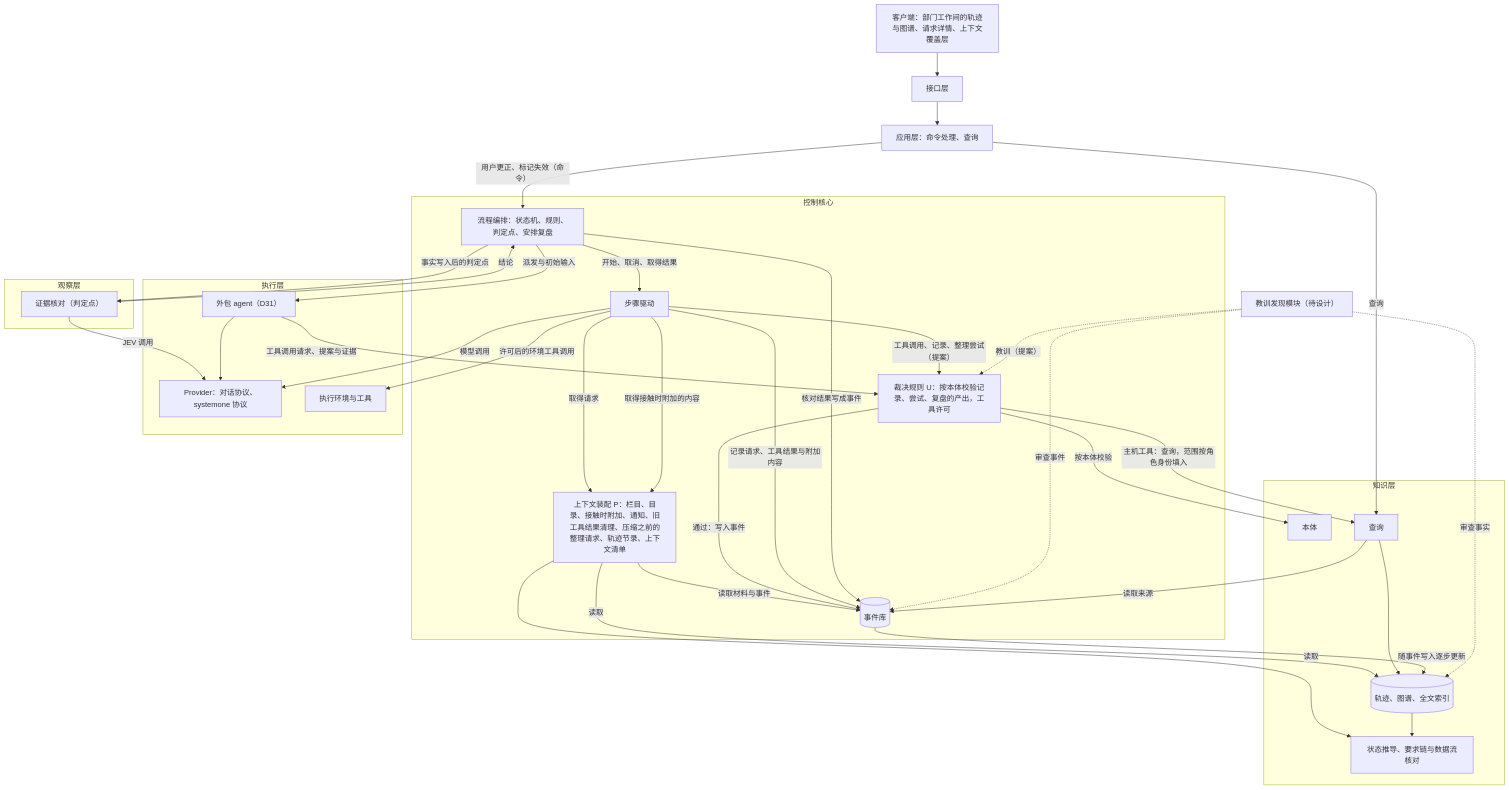
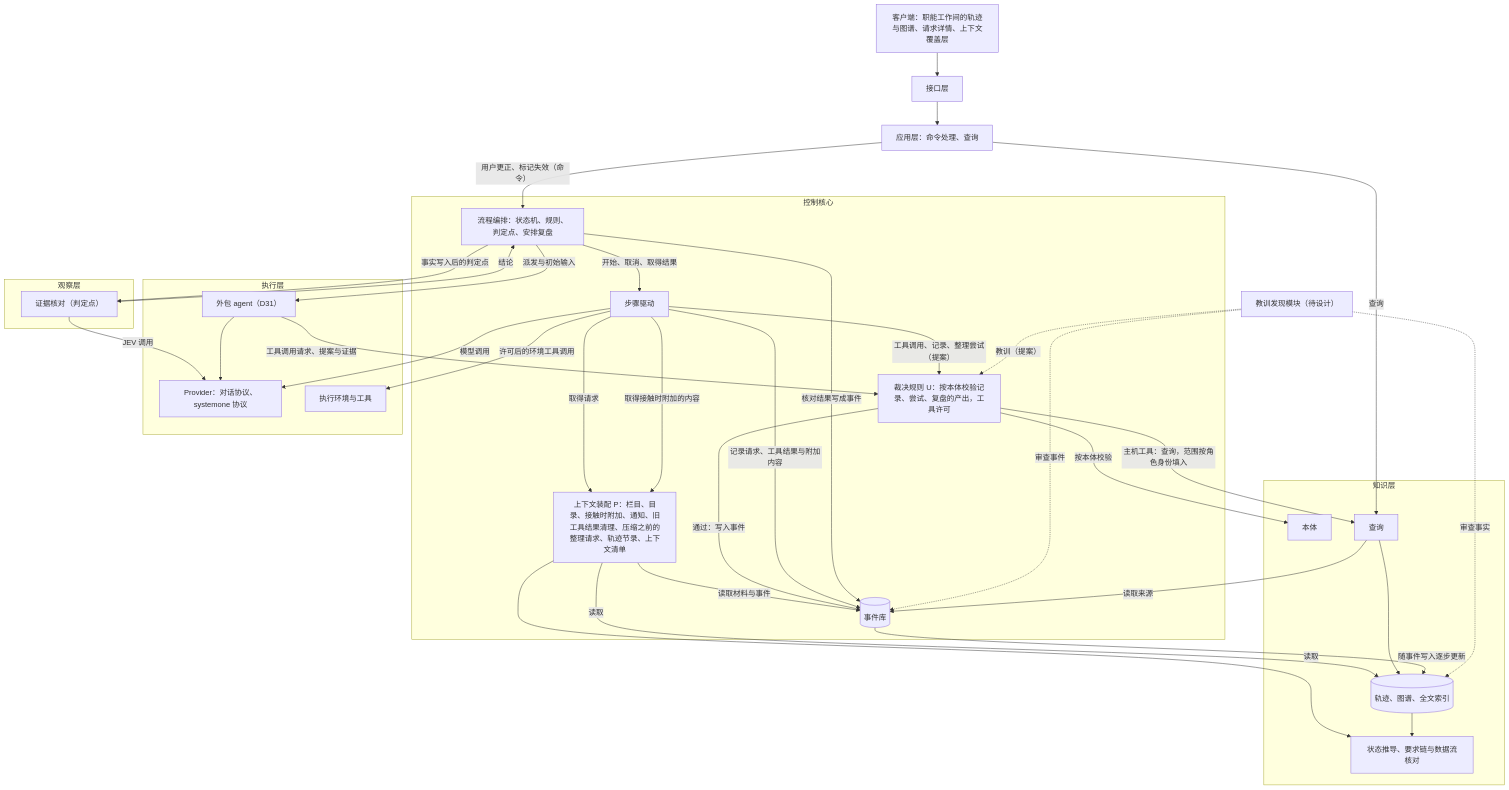
Before and after one commit to bender2333/yudao: the second of 5 diagrams in docs/design/semantic-system.md, drawn with Mermaid. The commit also changed other lines of this file and 149 other files, not shown here.

````diff
--- a/docs/design/semantic-system.md
+++ b/docs/design/semantic-system.md
@@ -92,58 +92,58 @@
 ```mermaid
 flowchart TB
-  Client["客户端：部门工作间的轨迹与图谱、请求详情、上下文覆盖层"]
+  Client["客户端：职能工作间的轨迹与图谱、请求详情、上下文覆盖层"]
   Api["接口层"]
   App["应用层：命令处理、查询"]
   subgraph Core["控制核心"]
     Orch["流程编排：状态机、规则、判定点、安排复盘"]
     Driver["步骤驱动"]
     P["上下文装配 P：栏目、目录、接触时附加、通知、旧工具结果清理、压缩之前的整理请求、轨迹节录、上下文清单"]
     U["裁决规则 U：按本体校验记录、尝试、复盘的产出，工具许可"]
     ES[("事件库")]
   end
   subgraph Know["知识层"]
     Onto["本体"]
     Proj[("轨迹、图谱、全文索引")]
     Derive["状态推导、要求链与数据流核对"]
     Query["查询"]
   end
   subgraph Observe["观察层"]
     Verify["证据核对（判定点）"]
   end
   subgraph Exec["执行层"]
     Prov["Provider：对话协议、systemone 协议"]
     Env["执行环境与工具"]
     Out["外包 agent（D31）"]
   end
   Lesson["教训发现模块（待设计）"]
   Client --> Api --> App
   App -->|"用户更正、标记失效（命令）"| Orch
   App -->|"查询"| Query
   Orch -->|"开始、取消、取得结果"| Driver
   Driver -->|"取得请求"| P
   P -->|"读取"| Proj
   P -->|"读取"| Derive
   P -->|"读取材料与事件"| ES
   Driver -->|"模型调用"| Prov
   Driver -->|"工具调用、记录、整理尝试（提案）"| U
   U -->|"按本体校验"| Onto
   U -->|"通过：写入事件"| ES
   U -->|"主机工具：查询，范围按角色身份填入"| Query
   Driver -->|"许可后的环境工具调用"| Env
   Driver -->|"取得接触时附加的内容"| P
   Driver -->|"记录请求、工具结果与附加内容"| ES
   Query --> Proj
   Query -->|"读取来源"| ES
   ES -->|"随事件写入逐步更新"| Proj
   Proj --> Derive
   Orch -->|"事实写入后的判定点"| Verify
   Verify -->|"JEV 调用"| Prov
   Verify -->|"结论"| Orch
   Orch -->|"核对结果写成事件"| ES
   Orch -->|"派发与初始输入"| Out
   Out -->|"工具调用请求、提案与证据"| U
   Out --> Prov
   Lesson -.->|"审查事件"| ES
   Lesson -.->|"审查事实"| Proj
   Lesson -.->|"教训（提案）"| U
 ```
````
